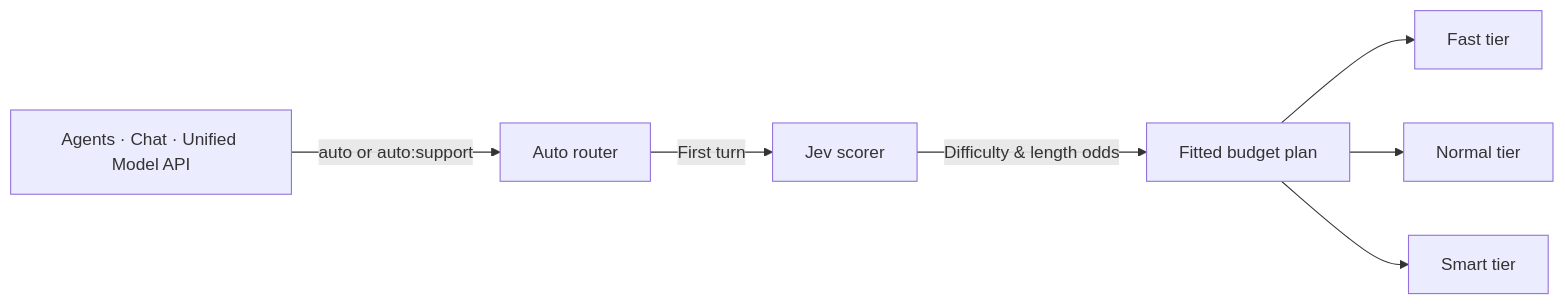
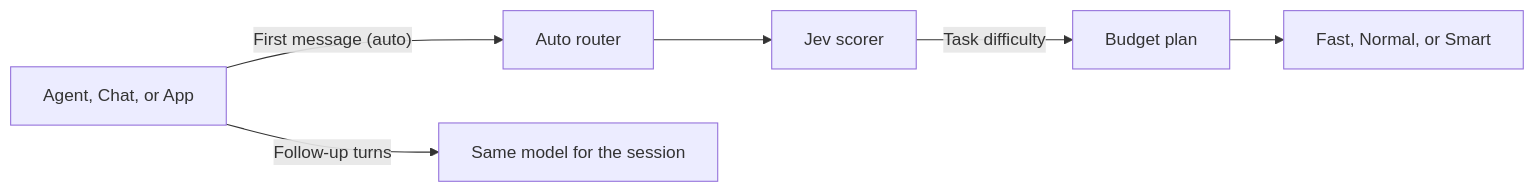
The diagram in docs/pages/llm-proxy/auto-routing.md (archestra-ai/archestra), drawn with Mermaid before and after one commit. The commit also changed other lines of this file, not shown here.

Commit message:
docs(llm-proxy): rewrite Auto Routing guide with problem-first intro and coding-agent setup

````diff
--- a/docs/pages/llm-proxy/auto-routing.md
+++ b/docs/pages/llm-proxy/auto-routing.md
@@ -13,12 +17,11 @@
 ```mermaid
 flowchart LR
-    Client["Agents · Chat · Unified Model API"] -->|"auto or auto:support"| Router["Auto router"]
-    Router -->|"First turn"| Jev["Jev scorer"]
-    Jev -->|"Difficulty & length odds"| Plan["Fitted budget plan"]
-    Plan --> Fast["Fast tier"]
-    Plan --> Normal["Normal tier"]
-    Plan --> Smart["Smart tier"]
+    Client["Agent, Chat, or App"] -->|"First message (auto)"| Router["Auto router"]
+    Router --> Jev["Jev scorer"]
+    Jev -->|"Task difficulty"| Plan["Budget plan"]
+    Plan --> Tiers["Fast, Normal, or Smart"]
+    Client -->|"Follow-up turns"| Pinned["Same model for the session"]
     class Router accent
     class Plan accent
     class Jev external
 ```
````
